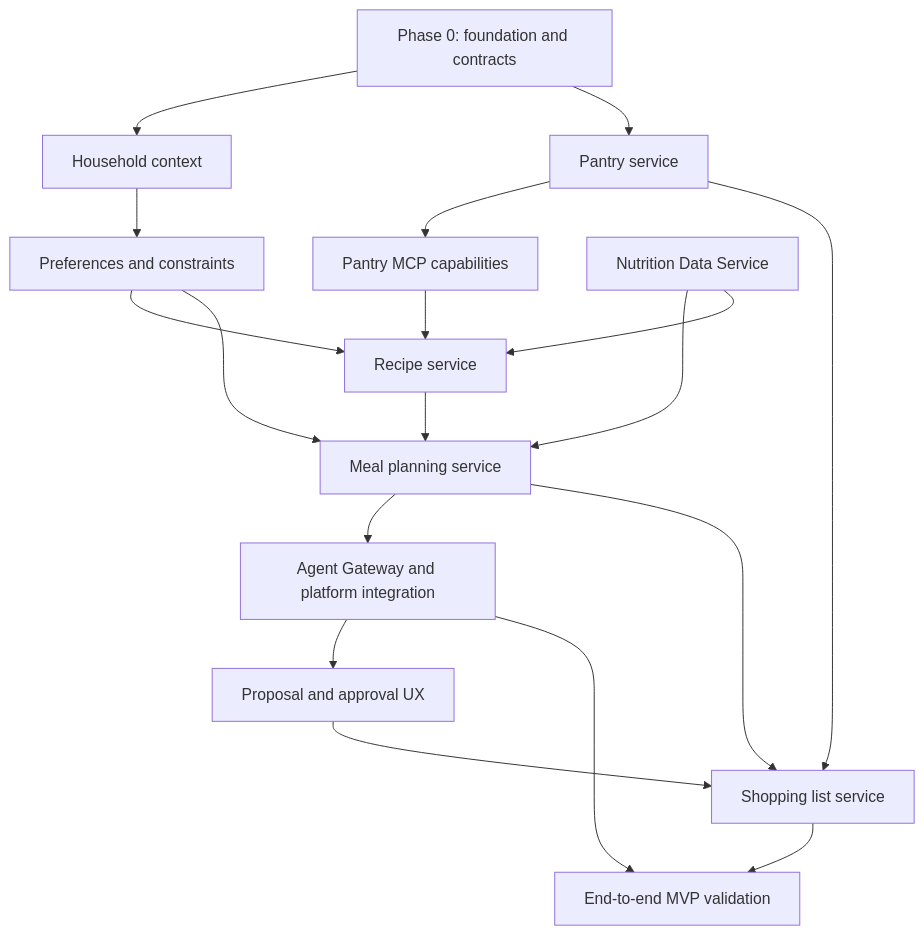
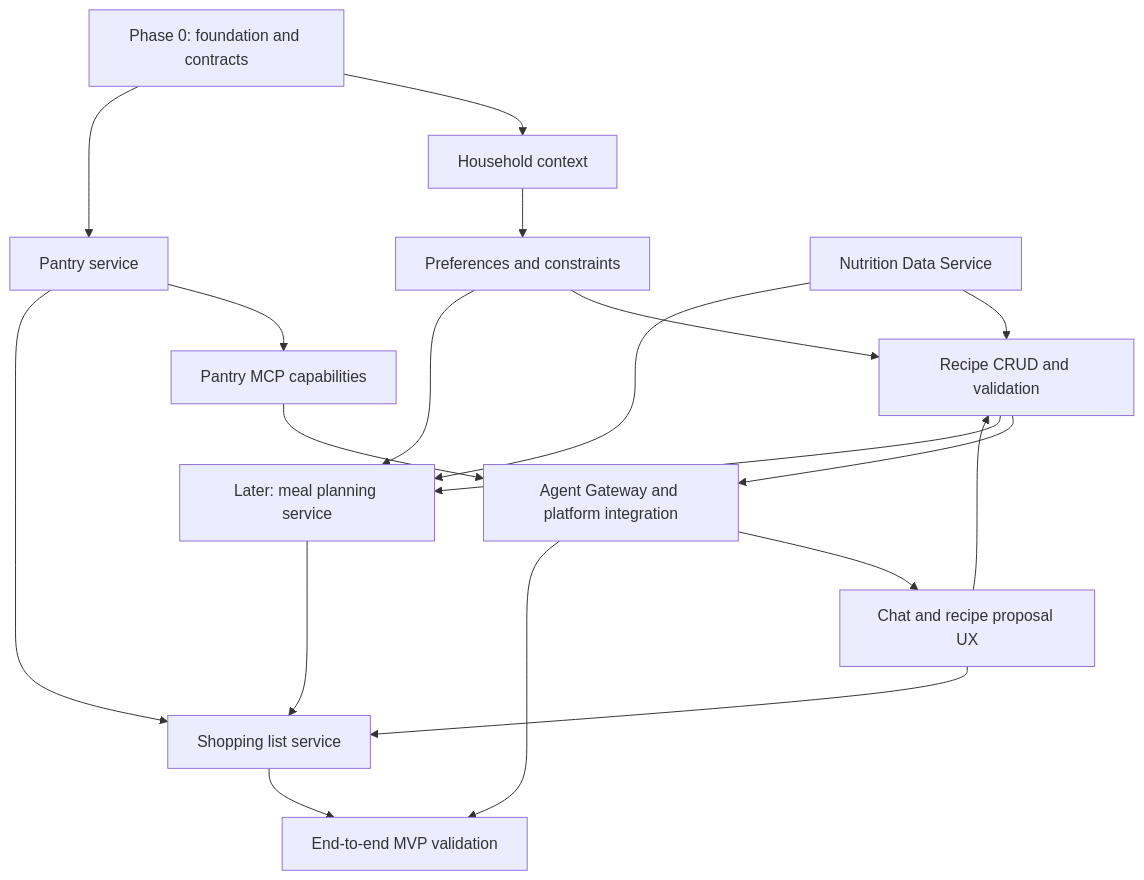
Before and after one commit to pale-glyph/dinner: the second of 2 diagrams in docs/mvp-delivery-plan.md, drawn with Mermaid. The commit also changed other lines of this file and 2 other files, not shown here.

````diff
--- a/docs/mvp-delivery-plan.md
+++ b/docs/mvp-delivery-plan.md
@@ -193,21 +193,22 @@
 ```mermaid
 flowchart TD
     Foundation[Phase 0: foundation and contracts]
     Foundation --> Household[Household context]
     Foundation --> Pantry[Pantry service]
     Household --> Preferences[Preferences and constraints]
     Pantry --> PantryMCP[Pantry MCP capabilities]
-    Preferences --> Recipe[Recipe service]
-    PantryMCP --> Recipe
-    Recipe --> Meal[Meal planning service]
+    Preferences --> Recipe[Recipe CRUD and validation]
+    PantryMCP --> Agent[Agent Gateway and platform integration]
+    Recipe --> Agent
+    Nutrition[Nutrition Data Service] --> Recipe
+    Agent --> Chat[Chat and recipe proposal UX]
+    Chat --> Recipe
+    Recipe --> Meal[Later: meal planning service]
     Preferences --> Meal
-    Nutrition[Nutrition Data Service] --> Meal
-    Nutrition --> Recipe
-    Meal --> Agent[Agent Gateway and platform integration]
-    Agent --> Approval[Proposal and approval UX]
+    Nutrition --> Meal
     Meal --> Shopping[Shopping list service]
     Pantry --> Shopping
-    Approval --> Shopping
+    Chat --> Shopping
     Shopping --> E2E[End-to-end MVP validation]
     Agent --> E2E
 ```
````
